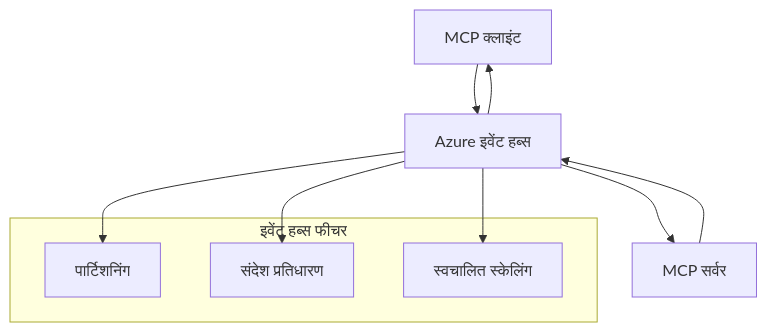
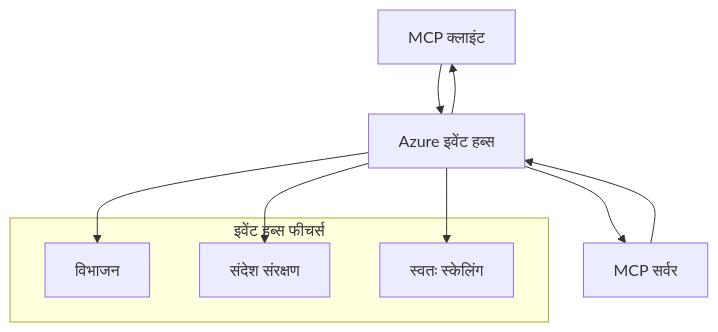
One commit to HIDORAKAI002/ai-workspace-archive changed the second of 2 diagrams in mcp_ecosystem__model_context_protocol/mcp_learning_resources/mcp-for-beginners/translations/hi/05-AdvancedTopics/mcp-transport/README.md. Above: the diagram before and after it, drawn with Mermaid. The commit also changed other lines of this file and 1046 other files, not shown here.

````diff
--- a/mcp_ecosystem__model_context_protocol/mcp_learning_resources/mcp-for-beginners/translations/hi/05-AdvancedTopics/mcp-transport/README.md
+++ b/mcp_ecosystem__model_context_protocol/mcp_learning_resources/mcp-for-beginners/translations/hi/05-AdvancedTopics/mcp-transport/README.md
@@ -270,17 +272,17 @@
 ```mermaid
 graph TB
     Client[MCP क्लाइंट] --> EH[Azure इवेंट हब्स]
     EH --> Server[MCP सर्वर]
     Server --> EH
     EH --> Client
     
-    subgraph "इवेंट हब्स फीचर"
-        Partition[पार्टिशनिंग]
-        Retention[संदेश प्रतिधारण]
-        Scaling[स्वचालित स्केलिंग]
+    subgraph "इवेंट हब्स फीचर्स"
+        Partition[विभाजन]
+        Retention[संदेश संरक्षण]
+        Scaling[स्वतः स्केलिंग]
     end
     
     EH --> Partition
     EH --> Retention
     EH --> Scaling
 ```
````
